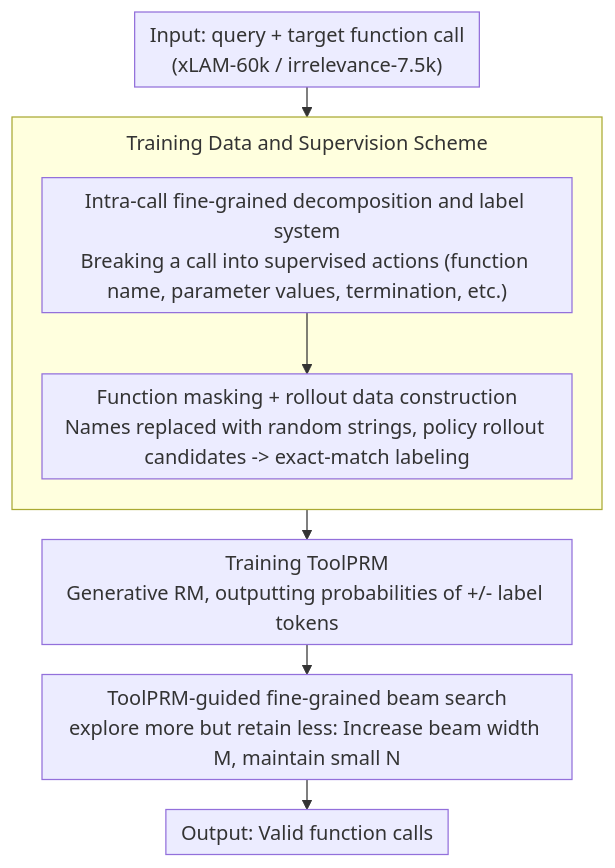
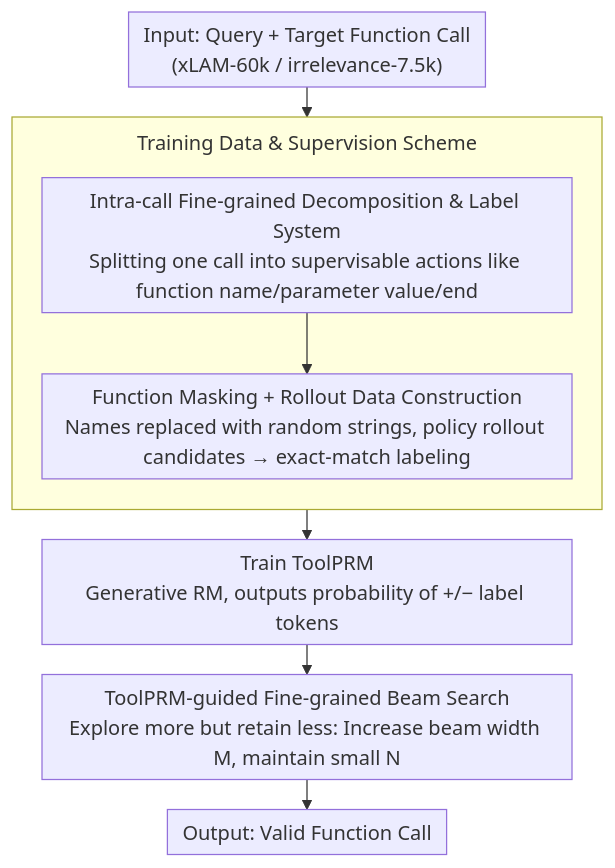
One commit to zhaoyang97/Paper-Notes-en changed the diagram in docs/ACL2026/llm_reasoning/toolprm_fine-grained_inference_scaling_of_structured_outputs_for_function_callin.md. Above: the diagram before and after it, drawn with Mermaid. The commit also changed other lines of this file and 5084 other files, not shown here.

````diff
--- a/docs/ACL2026/llm_reasoning/toolprm_fine-grained_inference_scaling_of_structured_outputs_for_function_callin.md
+++ b/docs/ACL2026/llm_reasoning/toolprm_fine-grained_inference_scaling_of_structured_outputs_for_function_callin.md
@@ -46,15 +46,15 @@
 ```mermaid
 %%{init: {'flowchart': {'rankSpacing': 24, 'nodeSpacing': 28, 'padding': 6, 'wrappingWidth': 400, 'subGraphTitleMargin': {'top': 8, 'bottom': 16}}}}%%
 flowchart TD
-    A["Input: query + target function call<br/>(xLAM-60k / irrelevance-7.5k)"]
-    subgraph DATA["Training Data and Supervision Scheme"]
+    A["Input: Query + Target Function Call<br/>(xLAM-60k / irrelevance-7.5k)"]
+    subgraph DATA["Training Data & Supervision Scheme"]
         direction TB
-        B["Intra-call fine-grained decomposition and label system<br/>Breaking a call into supervised actions (function name, parameter values, termination, etc.)"]
-        C["Function masking + rollout data construction<br/>Names replaced with random strings, policy rollout candidates -> exact-match labeling"]
+        B["Intra-call Fine-grained Decomposition & Label System<br/>Splitting one call into supervisable actions like function name/parameter value/end"]
+        C["Function Masking + Rollout Data Construction<br/>Names replaced with random strings, policy rollout candidates → exact-match labeling"]
         B --> C
     end
     A --> B
-    C --> D["Training ToolPRM<br/>Generative RM, outputting probabilities of +/- label tokens"]
-    D --> E["ToolPRM-guided fine-grained beam search<br/>explore more but retain less: Increase beam width M, maintain small N"]
-    E --> F["Output: Valid function calls"]
+    C --> D["Train ToolPRM<br/>Generative RM, outputs probability of +/− label tokens"]
+    D --> E["ToolPRM-guided Fine-grained Beam Search<br/>Explore more but retain less: Increase beam width M, maintain small N"]
+    E --> F["Output: Valid Function Call"]
 ```
````
